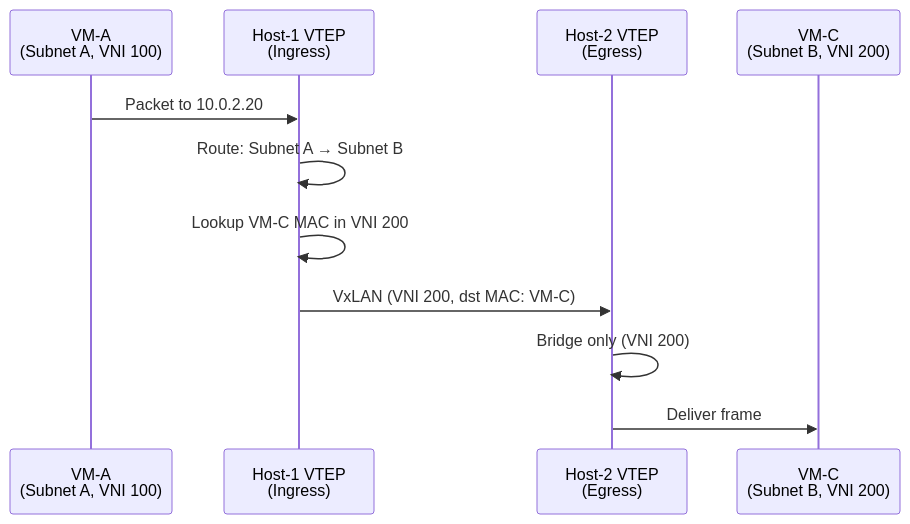
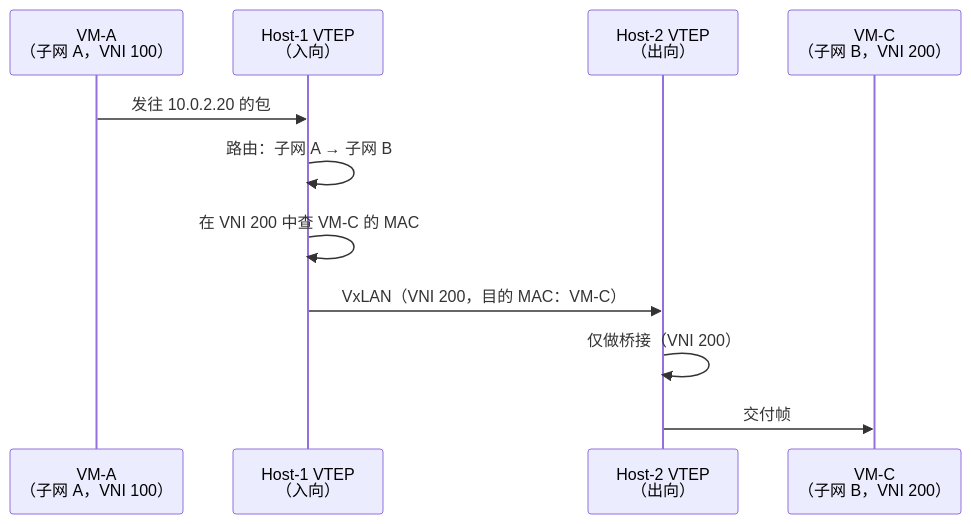
One commit to caozhiyi/network-book changed the fourth of 6 diagrams in docs/09.跨子网通信分布式网关与三层路由.md. Above: the diagram before and after it, drawn with Mermaid. The commit also changed other lines of this file and 77 other files, not shown here.

````diff
--- a/docs/09.跨子网通信分布式网关与三层路由.md
+++ b/docs/09.跨子网通信分布式网关与三层路由.md
@@ -176,14 +172,14 @@
 ```mermaid
 sequenceDiagram
-    participant VMA as VM-A<br/>(Subnet A, VNI 100)
-    participant H1 as Host-1 VTEP<br/>(Ingress)
-    participant H2 as Host-2 VTEP<br/>(Egress)
-    participant VMC as VM-C<br/>(Subnet B, VNI 200)
+    participant VMA as VM-A<br/>（子网 A，VNI 100）
+    participant H1 as Host-1 VTEP<br/>（入向）
+    participant H2 as Host-2 VTEP<br/>（出向）
+    participant VMC as VM-C<br/>（子网 B，VNI 200）
 
-    VMA->>H1: Packet to 10.0.2.20
-    H1->>H1: Route: Subnet A → Subnet B
-    H1->>H1: Lookup VM-C MAC in VNI 200
-    H1->>H2: VxLAN (VNI 200, dst MAC: VM-C)
-    H2->>H2: Bridge only (VNI 200)
-    H2->>VMC: Deliver frame
+    VMA->>H1: 发往 10.0.2.20 的包
+    H1->>H1: 路由：子网 A → 子网 B
+    H1->>H1: 在 VNI 200 中查 VM-C 的 MAC
+    H1->>H2: VxLAN（VNI 200，目的 MAC：VM-C）
+    H2->>H2: 仅做桥接（VNI 200）
+    H2->>VMC: 交付帧
 ```
````
